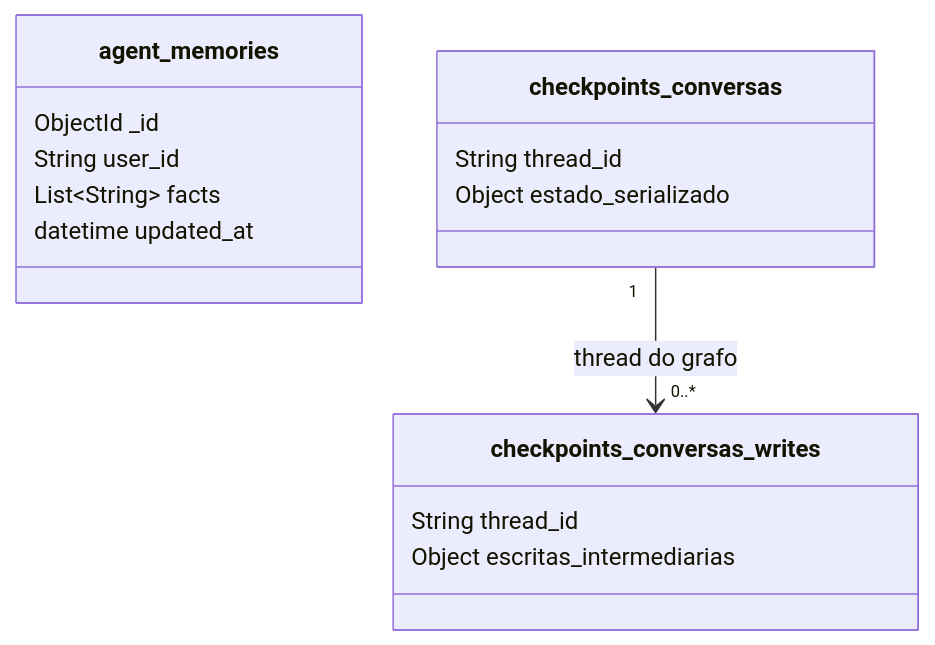
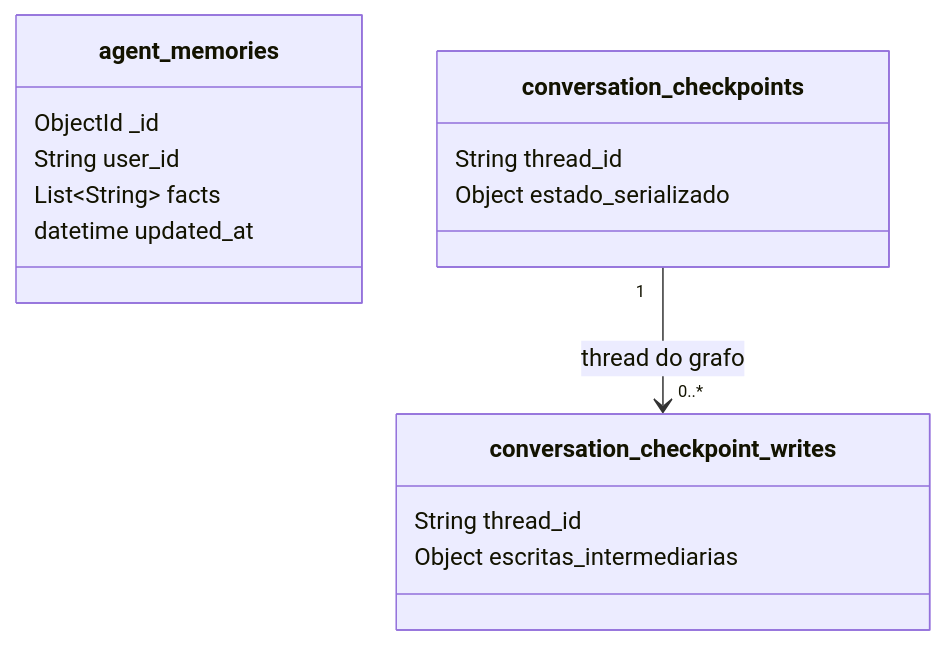
The diagram in database/MONGO.md (Solierrr/ai-operational), drawn with Mermaid before and after one commit. The commit also changed other lines of this file and 4 other files, not shown here.

````diff
--- a/database/MONGO.md
+++ b/database/MONGO.md
@@ -11,18 +11,18 @@
 ```mermaid
 classDiagram
     class agent_memories {
         ObjectId _id
         String user_id
         List~String~ facts
         datetime updated_at
     }
-    class checkpoints_conversas {
+    class conversation_checkpoints {
         String thread_id
         Object estado_serializado
     }
-    class checkpoints_conversas_writes {
+    class conversation_checkpoint_writes {
         String thread_id
         Object escritas_intermediarias
     }
-    checkpoints_conversas "1" --> "0..*" checkpoints_conversas_writes : thread do grafo
+    conversation_checkpoints "1" --> "0..*" conversation_checkpoint_writes : thread do grafo
 ```
````
